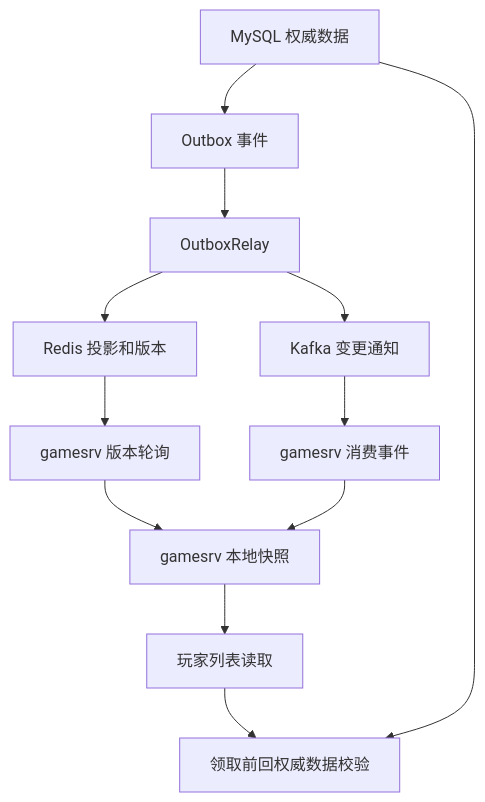
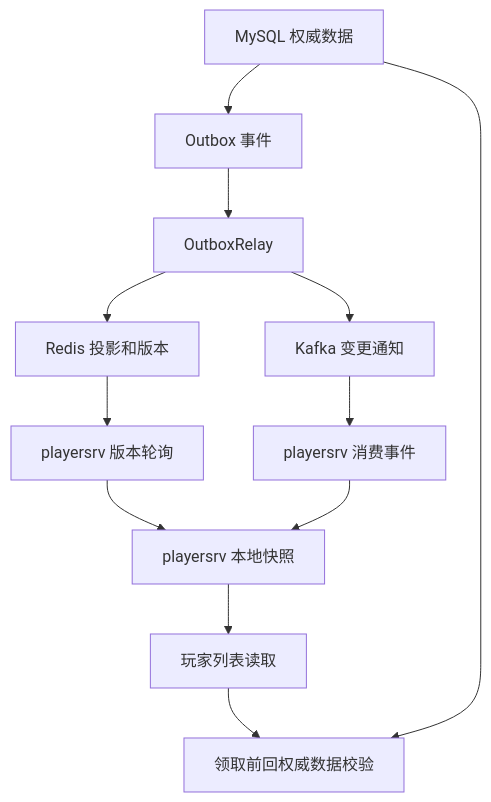
The first of 3 diagrams in docs/data-consistency-idempotency.md (zhanglei19960726/globalmail), drawn with Mermaid before and after one commit. The commit also changed other lines of this file and 114 other files, not shown here.

````diff
--- a/docs/data-consistency-idempotency.md
+++ b/docs/data-consistency-idempotency.md
@@ -37,14 +37,14 @@
 ```mermaid
 flowchart TD
     mysql["MySQL 权威数据"] --> outbox["Outbox 事件"]
     outbox --> relay["OutboxRelay"]
     relay --> redis["Redis 投影和版本"]
     relay --> kafka["Kafka 变更通知"]
-    redis --> poll["gamesrv 版本轮询"]
-    kafka --> consume["gamesrv 消费事件"]
-    poll --> localCache["gamesrv 本地快照"]
+    redis --> poll["playersrv 版本轮询"]
+    kafka --> consume["playersrv 消费事件"]
+    poll --> localCache["playersrv 本地快照"]
     consume --> localCache
     localCache --> list["玩家列表读取"]
     list --> claim["领取前回权威数据校验"]
     mysql --> claim
 ```
````
